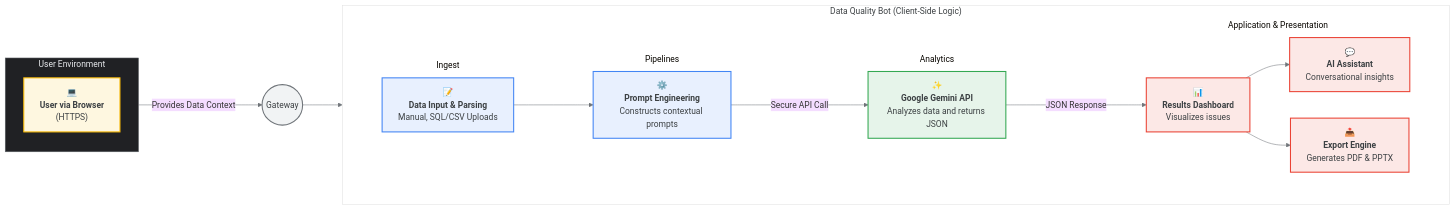
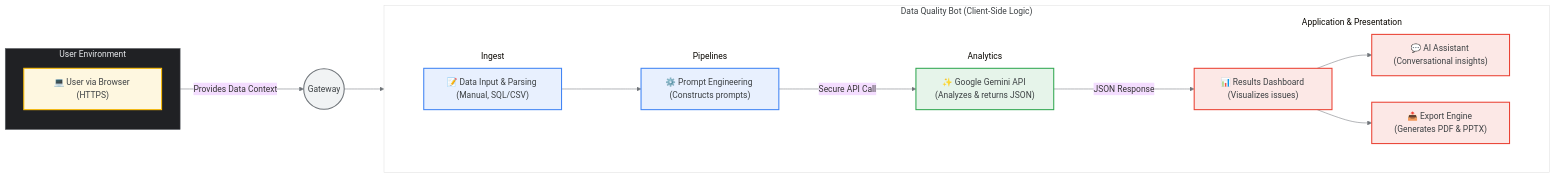
One commit to chtsalvishal/DQ_Gen_AI_Bot changed the first of 2 diagrams in README.md. Above: the diagram before and after it, drawn with Mermaid.

Commit message:
refactor: Update README diagram text
Simplify node descriptions in the README diagram to remove excessive formatting and improve readability.

````diff
--- a/README.md
+++ b/README.md
@@ -24,65 +24,65 @@
 ```mermaid
 %%{
   init: {
     "theme": "base",
     "themeVariables": {
       "fontFamily": "\"Roboto\", sans-serif",
       "lineColor": "#70757A",
       "textColor": "#3C4043",
       "mainBkg": "#F8F9FA"
     }
   }
 }%%
 graph LR
     subgraph user_env ["User Environment"]
         direction TB
-        A["💻<br><b>User via Browser</b><br>(HTTPS)"]:::userNode
+        A["💻 User via Browser (HTTPS)"]:::userNode
     end
 
     subgraph gateway_sub [" "]
       B((Gateway)):::gatewayNode
     end
     
     A -- "Provides Data Context" --> B
 
     subgraph "bot_logic" ["Data Quality Bot (Client-Side Logic)"]
         direction LR
         subgraph ingest_sub [Ingest]
-            C["📝<br><b>Data Input & Parsing</b><br>Manual, SQL/CSV Uploads"]:::processNode
+            C["📝 Data Input & Parsing (Manual, SQL/CSV)"]:::processNode
         end
         subgraph pipelines_sub [Pipelines]
-            D["⚙️<br><b>Prompt Engineering</b><br>Constructs contextual prompts"]:::processNode
+            D["⚙️ Prompt Engineering (Constructs prompts)"]:::processNode
         end
         subgraph analytics_sub [Analytics]
-            E["✨<br><b>Google Gemini API</b><br>Analyzes data and returns JSON"]:::apiNode
+            E["✨ Google Gemini API (Analyzes & returns JSON)"]:::apiNode
         end
         subgraph app_sub ["Application & Presentation"]
-            F["📊<br><b>Results Dashboard</b><br>Visualizes issues"]:::outputNode
-            G["💬<br><b>AI Assistant</b><br>Conversational insights"]:::outputNode
-            H["📤<br><b>Export Engine</b><br>Generates PDF & PPTX"]:::outputNode
+            F["📊 Results Dashboard (Visualizes issues)"]:::outputNode
+            G["💬 AI Assistant (Conversational insights)"]:::outputNode
+            H["📤 Export Engine (Generates PDF & PPTX)"]:::outputNode
         end
     end
 
     B --> C
     C --> D
     D -- "Secure API Call" --> E
     E -- "JSON Response" --> F
     F --> G
     F --> H
     
     %% Style Subgraphs to create the split background effect
     style user_env fill:#202124,stroke:#5F6368,color:#E8EAED
     style gateway_sub fill:transparent,stroke:transparent
     style bot_logic fill:#FFFFFF,stroke:#E0E0E0,color:#3C4043
     style ingest_sub fill:#FFFFFF,stroke:transparent
     style pipelines_sub fill:#FFFFFF,stroke:transparent
     style analytics_sub fill:#FFFFFF,stroke:transparent
     style app_sub fill:#FFFFFF,stroke:transparent
 
     %% Style Nodes for a professional, GCP-like feel
     classDef userNode fill:#FEF7E0,stroke:#FBBC05,stroke-width:2px,color:#3C4043
     classDef gatewayNode fill:#F1F3F4,stroke:#70757A,stroke-width:2px,color:#3C4043
     classDef processNode fill:#E8F0FE,stroke:#4285F4,stroke-width:2px,color:#3C4043
     classDef apiNode fill:#E6F4EA,stroke:#34A853,stroke-width:2px,color:#3C4043
     classDef outputNode fill:#FCE8E6,stroke:#EA4335,stroke-width:2px,color:#3C4043
 ```
````
